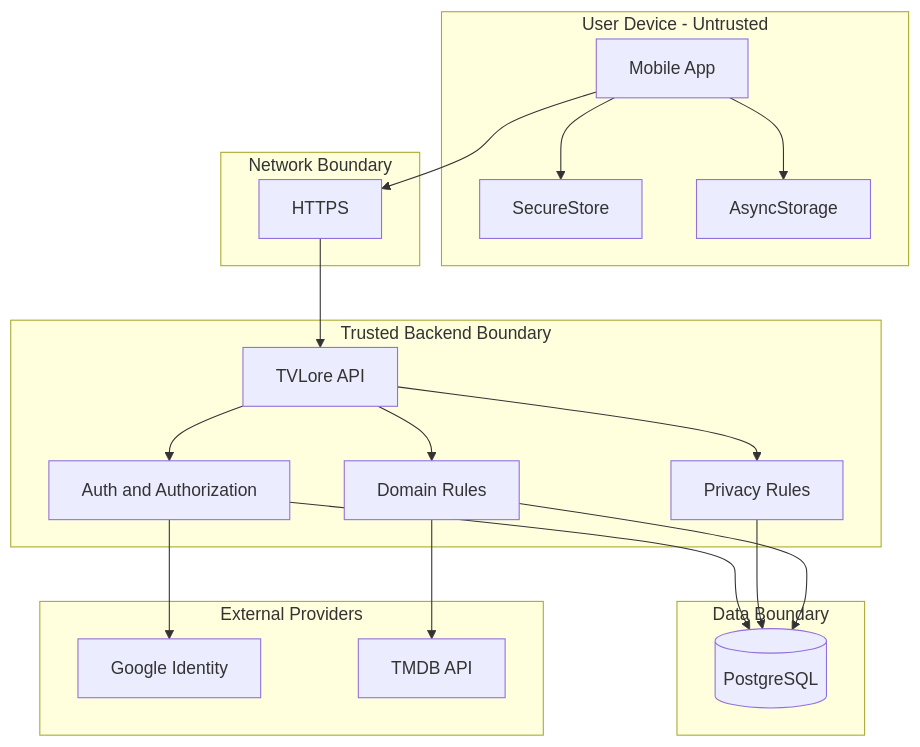
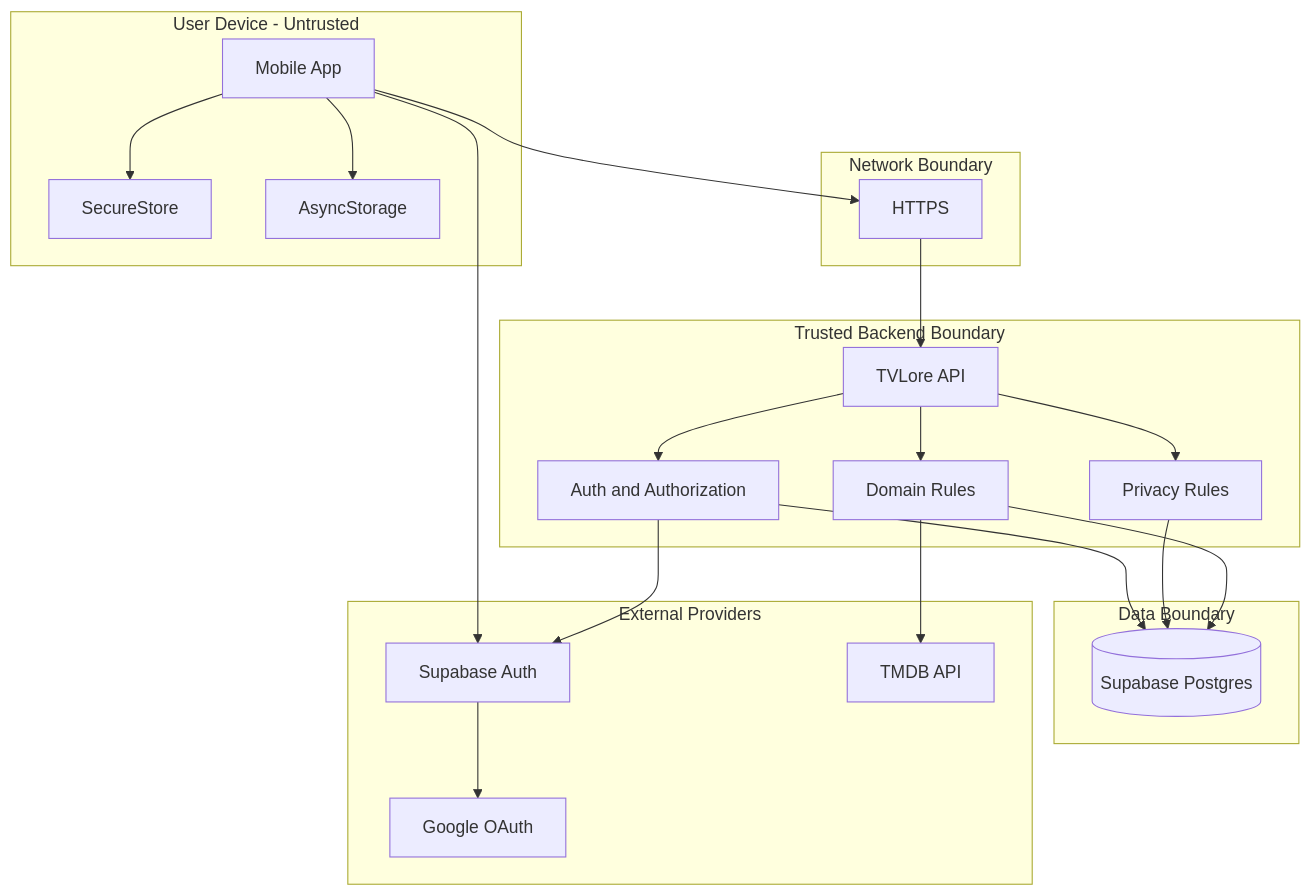
Before and after one commit to luiskabal/tvlore: diagram 13 of 13 in docs/diagrams.md, drawn with Mermaid. The commit also changed other lines of this file, not shown here.

Commit message:
docs: update architecture diagrams

````diff
--- a/docs/diagrams.md
+++ b/docs/diagrams.md
@@ -344,41 +441,44 @@
 ```mermaid
 flowchart TB
   subgraph Device[User Device - Untrusted]
     Mobile[Mobile App]
     SecureStore[SecureStore]
     AsyncStorage[AsyncStorage]
   end
 
   subgraph Internet[Network Boundary]
     HTTPS[HTTPS]
   end
 
   subgraph Backend[Trusted Backend Boundary]
     API[TVLore API]
     Auth[Auth and Authorization]
     Privacy[Privacy Rules]
     Domain[Domain Rules]
   end
 
   subgraph Data[Data Boundary]
-    DB[(PostgreSQL)]
+    DB[(Supabase Postgres)]
   end
 
   subgraph Providers[External Providers]
-    Google[Google Identity]
+    SupabaseAuth[Supabase Auth]
+    Google[Google OAuth]
     TMDB[TMDB API]
   end
 
   Mobile --> HTTPS
+  Mobile --> SupabaseAuth
+  SupabaseAuth --> Google
   HTTPS --> API
   API --> Auth
   API --> Privacy
   API --> Domain
   Auth --> DB
   Privacy --> DB
   Domain --> DB
-  Auth --> Google
+  Auth --> SupabaseAuth
   Domain --> TMDB
   Mobile --> SecureStore
   Mobile --> AsyncStorage
 ```
````
